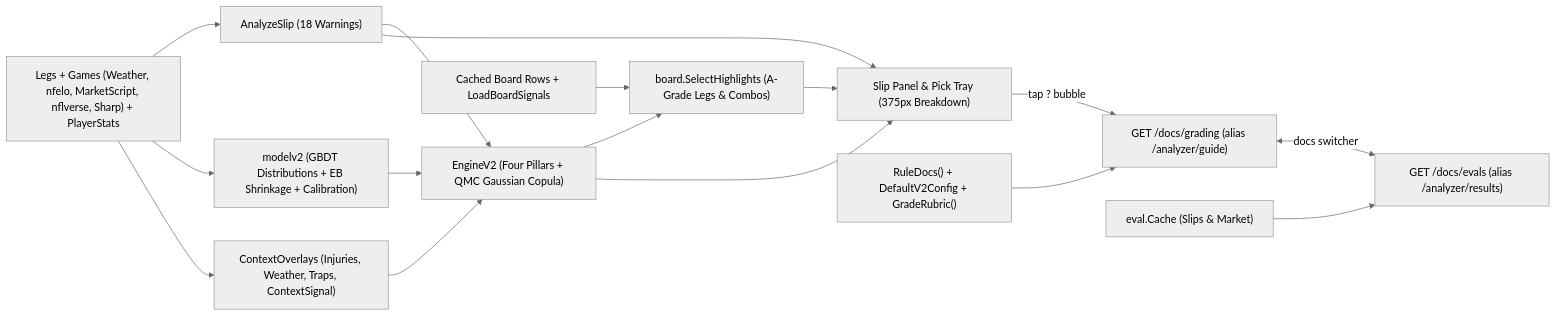
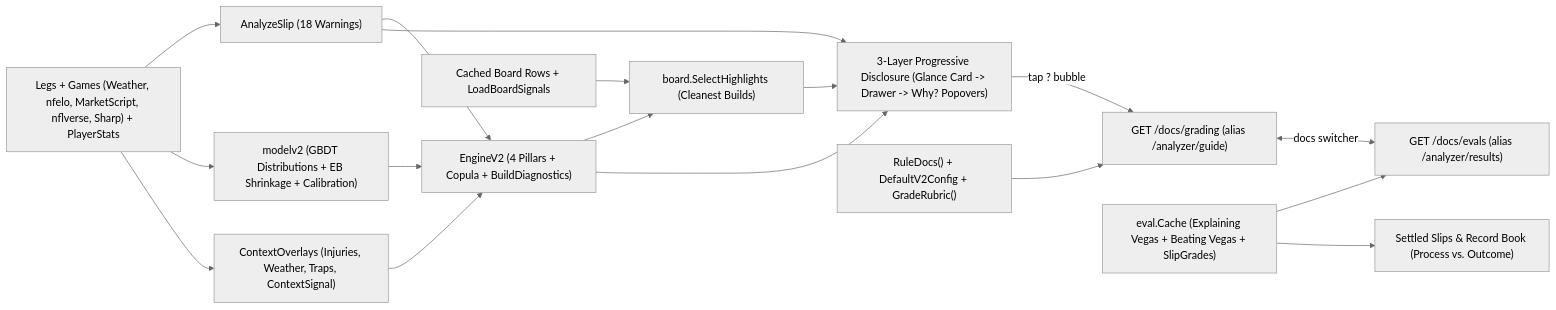
Before and after one commit to kalverra/parlay-club: the diagram in docs/concepts/analyzer.md, drawn with Mermaid (neutral theme). The commit also changed other lines of this file and 6 other files, not shown here.

````diff
--- a/docs/concepts/analyzer.md
+++ b/docs/concepts/analyzer.md
@@ -24,18 +24,19 @@
 ```mermaid
 flowchart LR
   Inputs["Legs + Games (Weather, nfelo, MarketScript, nflverse, Sharp) + PlayerStats"] --> Rules["AnalyzeSlip (18 Warnings)"]
   Inputs --> ModelV2["modelv2 (GBDT Distributions + EB Shrinkage + Calibration)"]
   Inputs --> Overlays["ContextOverlays (Injuries, Weather, Traps, ContextSignal)"]
-  ModelV2 --> EngineV2["EngineV2 (Four Pillars + QMC Gaussian Copula)"]
+  ModelV2 --> EngineV2["EngineV2 (4 Pillars + Copula + BuildDiagnostics)"]
   Overlays --> EngineV2
   Rules --> EngineV2
-  Board["Cached Board Rows + LoadBoardSignals"] --> Highlights["board.SelectHighlights (A-Grade Legs & Combos)"]
+  Board["Cached Board Rows + LoadBoardSignals"] --> Highlights["board.SelectHighlights (Cleanest Builds)"]
   EngineV2 --> Highlights
-  Rules --> UI["Slip Panel & Pick Tray (375px Breakdown)"]
+  Rules --> UI["3-Layer Progressive Disclosure (Glance Card -> Drawer -> Why? Popovers)"]
   EngineV2 --> UI
   Highlights --> UI
   UI -->|"tap ? bubble"| Guide["GET /docs/grading (alias /analyzer/guide)"]
   Guide <-->|"docs switcher"| Results["GET /docs/evals (alias /analyzer/results)"]
   EngineDocs["RuleDocs() + DefaultV2Config + GradeRubric()"] --> Guide
-  Cache["eval.Cache (Slips & Market)"] --> Results
+  Cache["eval.Cache (Explaining Vegas + Beating Vegas + SlipGrades)"] --> Results
+  Cache --> Record["Settled Slips & Record Book (Process vs. Outcome)"]
 ```
````
